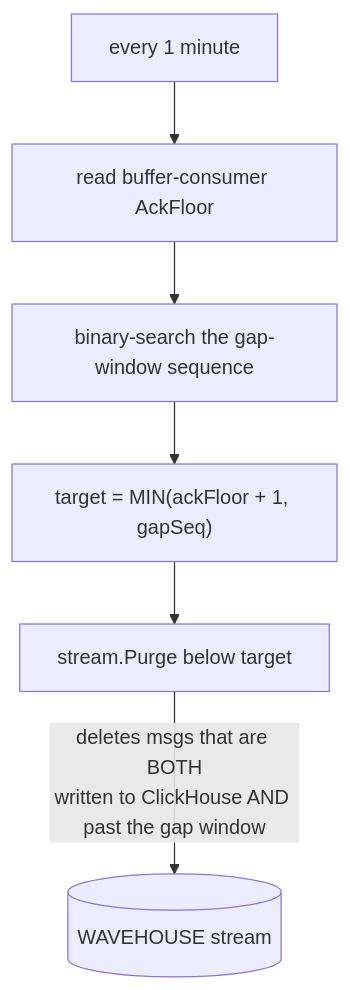
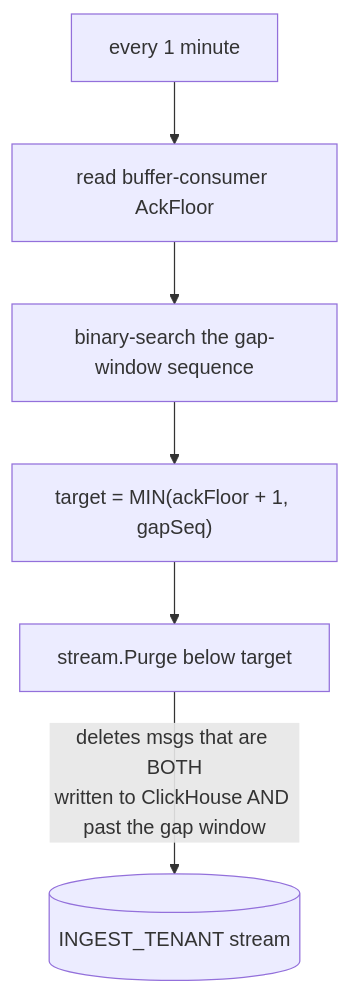
The seventh of 8 diagrams in docs/src/content/docs/ingest-pipeline.md (Wave-RF/WaveHouse), drawn with Mermaid before and after one commit. The commit also changed other lines of this file and 35 other files, not shown here.

````diff
--- a/docs/src/content/docs/ingest-pipeline.md
+++ b/docs/src/content/docs/ingest-pipeline.md
@@ -233,8 +233,8 @@
 ```mermaid
 flowchart TD
     Tick["every 1 minute"] --> Read["read buffer-consumer AckFloor"]
     Read --> Gap["binary-search the gap-window sequence"]
     Gap --> Target["target = MIN(ackFloor + 1, gapSeq)"]
     Target --> Purge["stream.Purge below target"]
-    Purge -->|"deletes msgs that are BOTH<br/>written to ClickHouse AND past the gap window"| Stream[("WAVEHOUSE stream")]
+    Purge -->|"deletes msgs that are BOTH<br/>written to ClickHouse AND past the gap window"| Stream[("INGEST_TENANT stream")]
 ```
````
